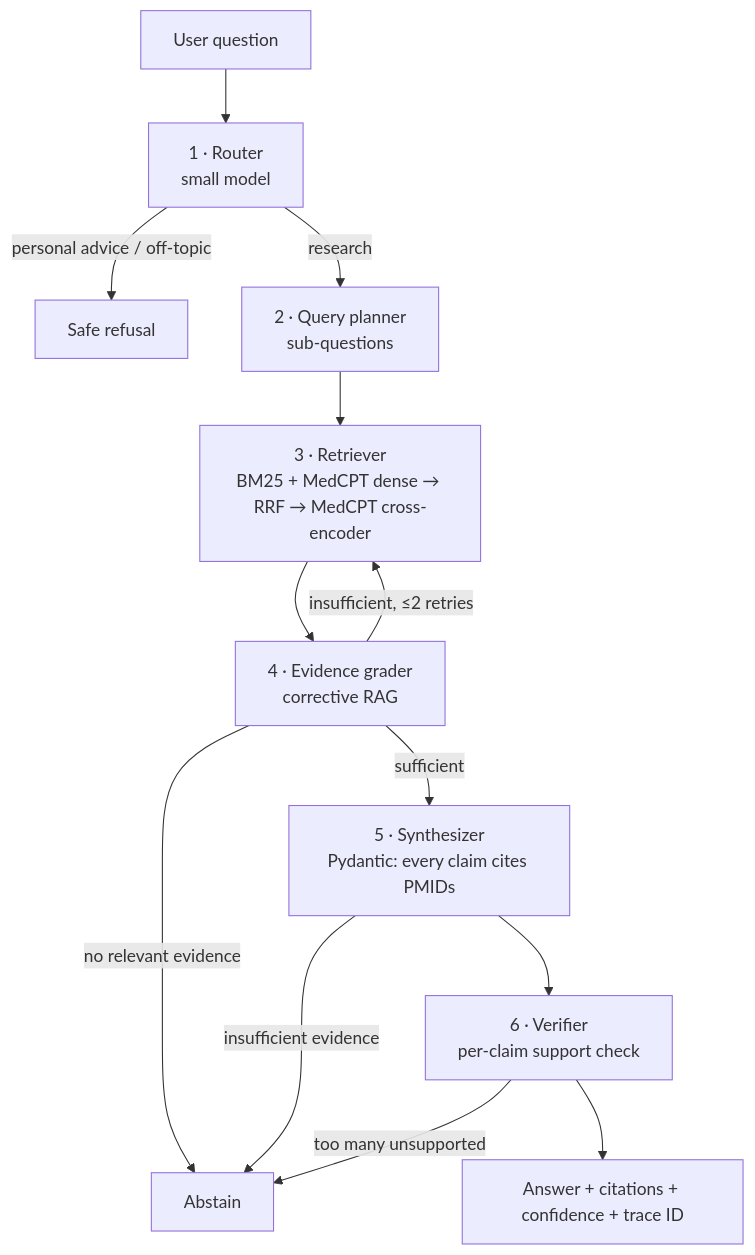
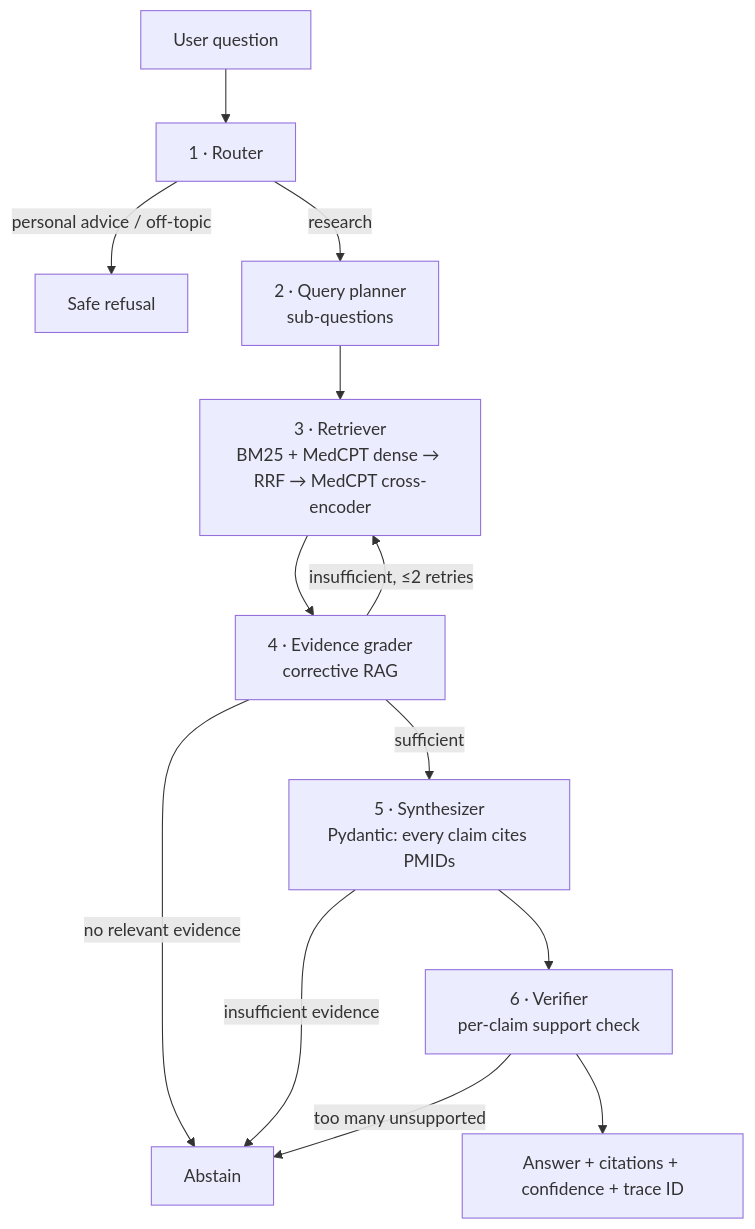
Before and after one commit to meanderinghuman/ClinSynapse: the diagram in README.md, drawn with Mermaid. The commit also changed other lines of this file, not shown here.

````diff
--- a/README.md
+++ b/README.md
@@ -93,15 +27,15 @@
 ```mermaid
 graph TD
-    Q[User question] --> R[1 · Router<br/>small model]
+    Q[User question] --> R[1 · Router]
     R -- personal advice / off-topic --> X[Safe refusal]
     R -- research --> P[2 · Query planner<br/>sub-questions]
     P --> RET[3 · Retriever<br/>BM25 + MedCPT dense → RRF → MedCPT cross-encoder]
     RET --> G[4 · Evidence grader<br/>corrective RAG]
     G -- insufficient, ≤2 retries --> RET
     G -- no relevant evidence --> A[Abstain]
     G -- sufficient --> S[5 · Synthesizer<br/>Pydantic: every claim cites PMIDs]
     S -- insufficient evidence --> A
     S --> V[6 · Verifier<br/>per-claim support check]
     V -- too many unsupported --> A
     V --> F[Answer + citations + confidence + trace ID]
 ```
````
